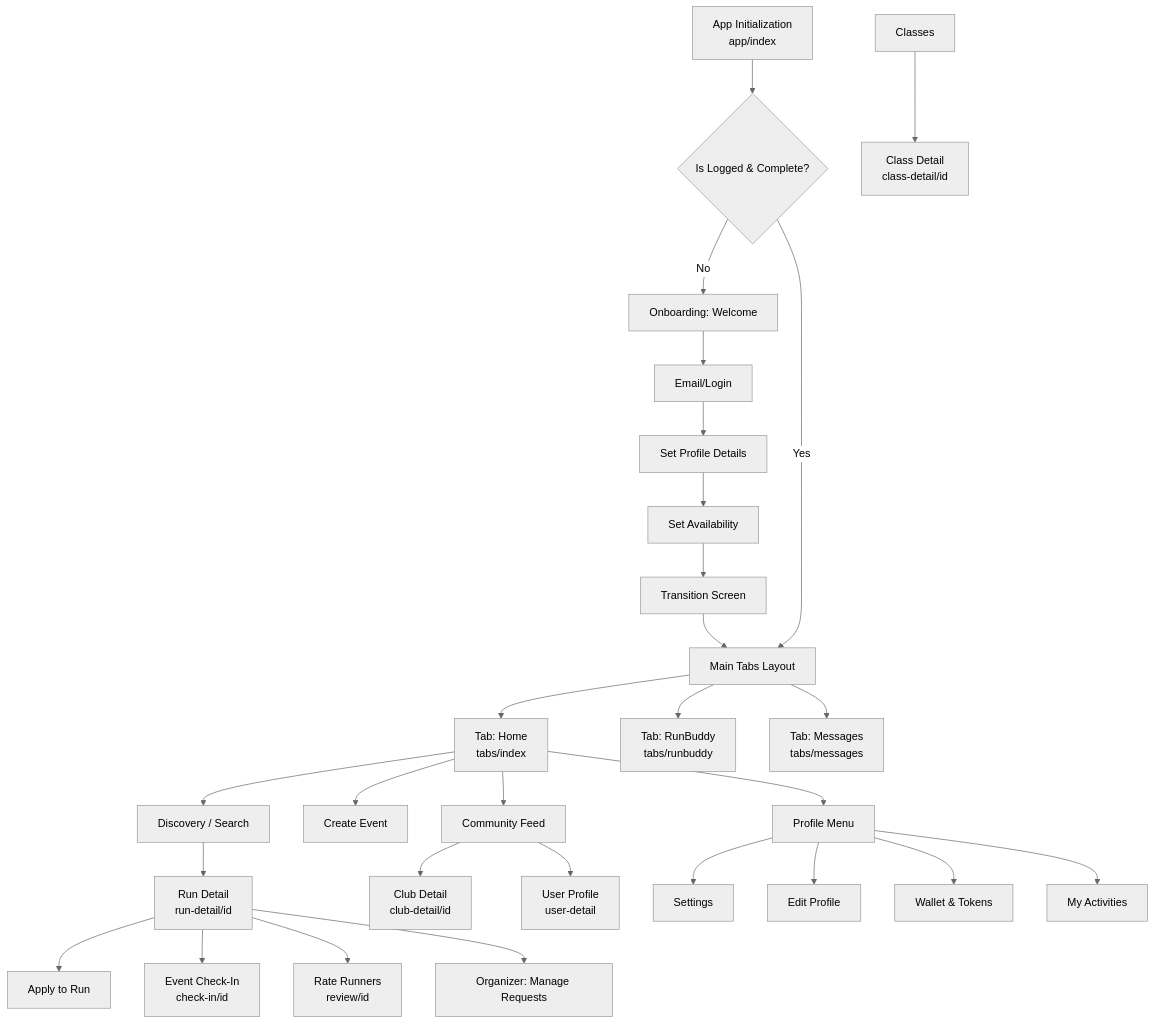
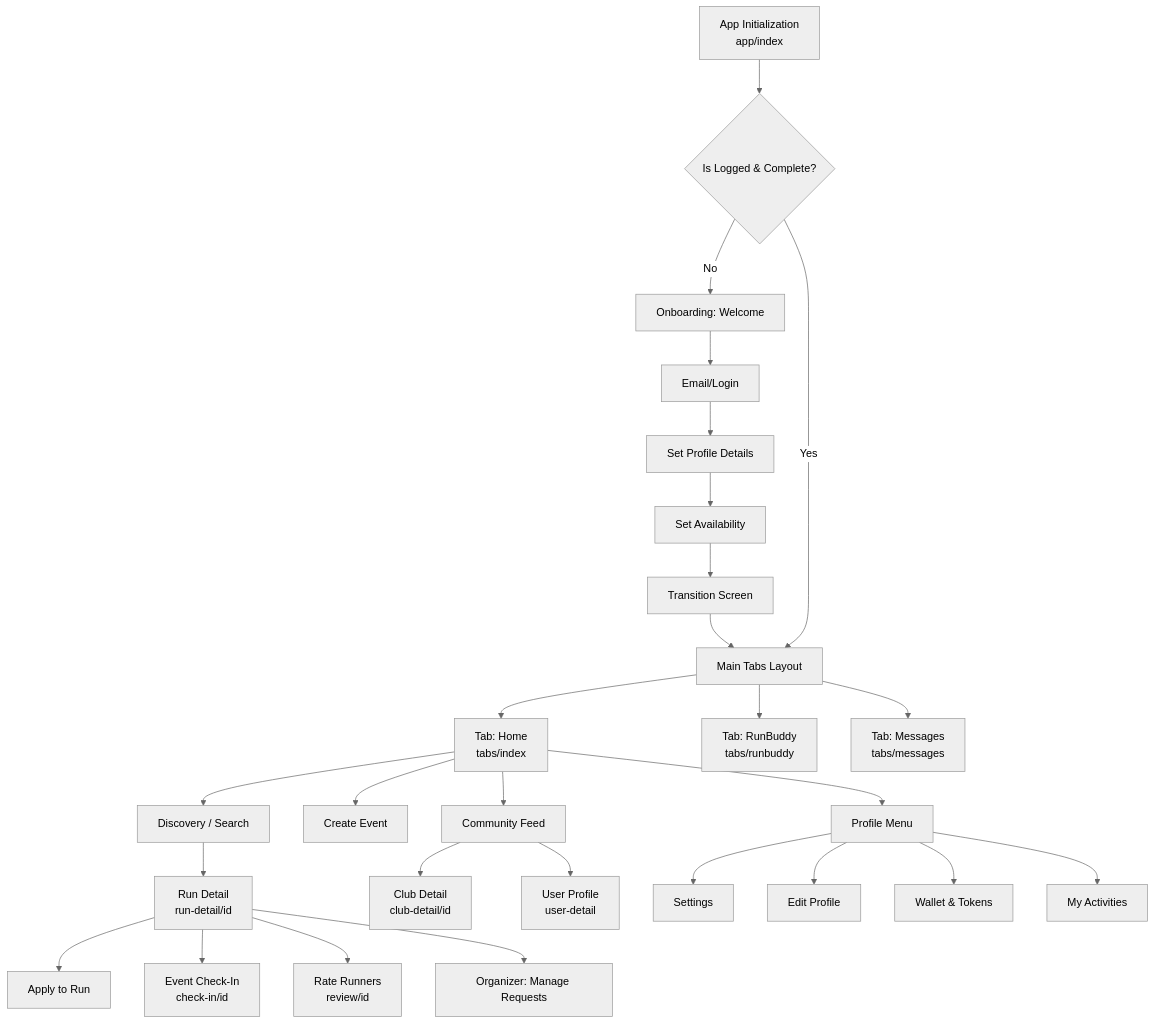
One commit to iloppini-max/LoccoLight changed the first of 5 diagrams in Flows.md. Above: the diagram before and after it, drawn with Mermaid (neutral theme). The commit also changed other lines of this file, not shown here.

Commit message:
LFE: Update Flows.md

````diff
--- a/Flows.md
+++ b/Flows.md
@@ -9,44 +9,43 @@
 ```mermaid
 graph TD
     %% Entry Point
     Entry[App Initialization \n app/index] --> AuthCheck{Is Logged & Complete?}
 
     %% Onboarding Flow
     AuthCheck -->|No| OB_Welcome[Onboarding: Welcome]
     OB_Welcome --> OB_Auth[Email/Login]
     OB_Auth --> OB_Profile[Set Profile Details]
     OB_Profile --> OB_Avail[Set Availability]
     OB_Avail --> OB_Trans[Transition Screen]
     OB_Trans --> MainTabs
 
     %% Main App (Tabs)
     AuthCheck -->|Yes| MainTabs[Main Tabs Layout]
     
     MainTabs --> Tab_Home[Tab: Home \n tabs/index]
     MainTabs --> Tab_RunBuddy[Tab: RunBuddy \n tabs/runbuddy]
     MainTabs --> Tab_Messages[Tab: Messages \n tabs/messages]
 
     %% Home Branches
     Tab_Home --> Discovery[Discovery / Search]
     Tab_Home --> Create[Create Event]
     Tab_Home --> Community[Community Feed]
     Tab_Home --> ProfileNav[Profile Menu]
 
     %% Deep Links from Home
     Discovery --> RunDetail[Run Detail \n run-detail/id]
     Community --> ClubDetail[Club Detail \n club-detail/id]
     Community --> UserDetail[User Profile \n user-detail]
-    Classes --> ClassDetail[Class Detail \n class-detail/id]
 
     %% Profile Branches
     ProfileNav --> ProfileSettings[Settings]
     ProfileNav --> ProfileEdit[Edit Profile]
     ProfileNav --> Wallet[Wallet & Tokens]
     ProfileNav --> Activities[My Activities]
     
     %% Run Interactions Actions
     RunDetail --> Application[Apply to Run]
     RunDetail --> CheckIn[Event Check-In \n check-in/id]
     RunDetail --> Review[Rate Runners \n review/id]
     RunDetail --> MemberRequests[Organizer: Manage Requests]
 ```
````
